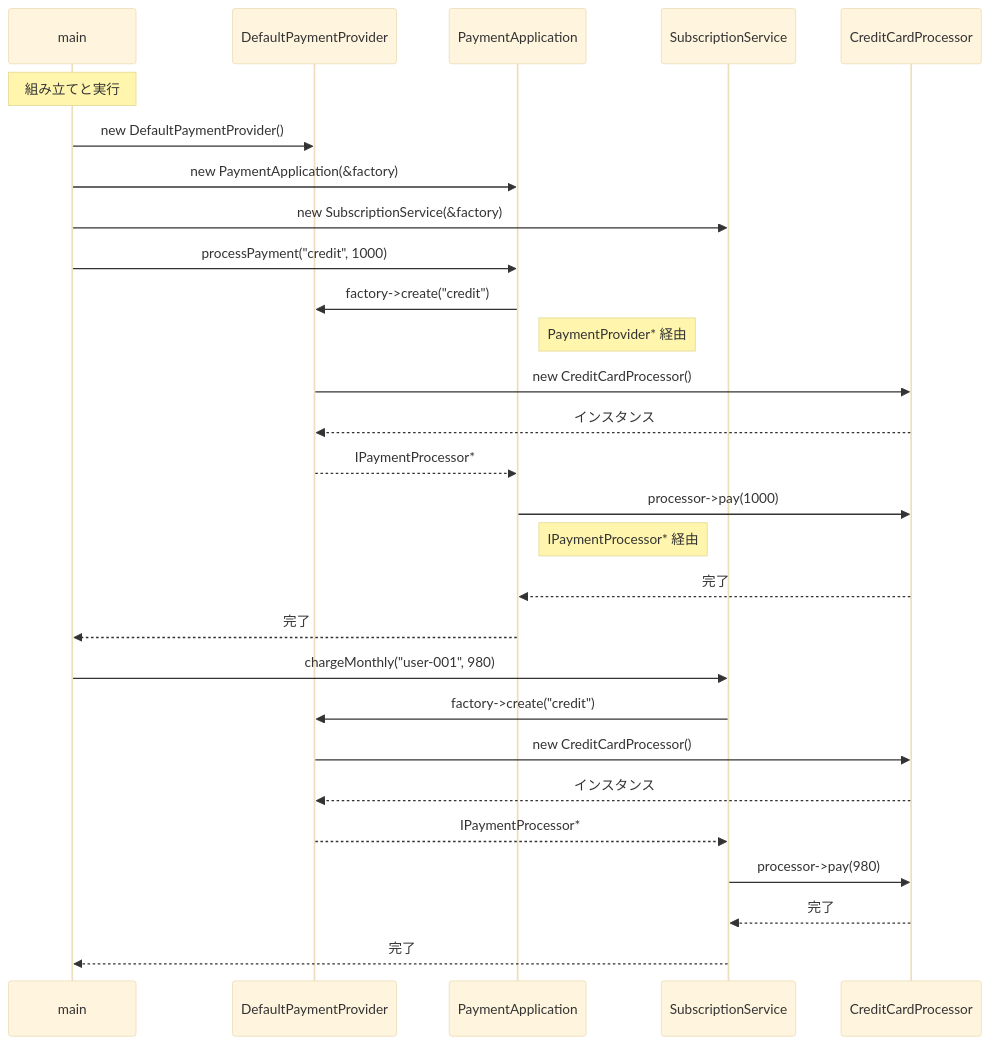
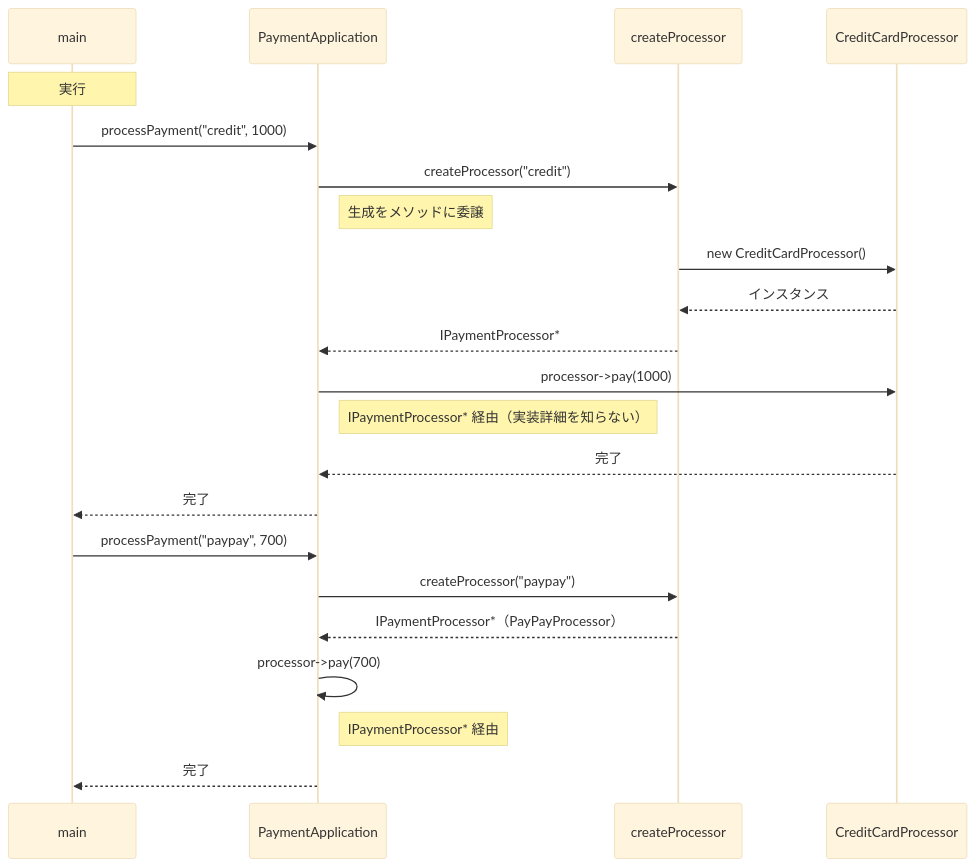
One commit to kumachan1101-pixel/DesignPattern changed the eighth of 10 diagrams in kindle/design-patterns/output/chapter08.md. Above: the diagram before and after it, drawn with Mermaid (base theme). The commit also changed other lines of this file and 12 other files, not shown here.

````diff
--- a/kindle/design-patterns/output/chapter08.md
+++ b/kindle/design-patterns/output/chapter08.md
@@ -1258,30 +1258,24 @@
 ```mermaid
 sequenceDiagram
     participant main
-    participant PF as DefaultPaymentProvider
     participant PA as PaymentApplication
-    participant SS as SubscriptionService
+    participant CP as createProcessor
     participant CC as CreditCardProcessor
-    Note over main: 組み立てと実行
-    main->>PF: new DefaultPaymentProvider()
-    main->>PA: new PaymentApplication(&factory)
-    main->>SS: new SubscriptionService(&factory)
+    Note over main: 実行
     main->>PA: processPayment("credit", 1000)
-    PA->>PF: factory->create("credit")
-    Note right of PA: PaymentProvider* 経由
-    PF->>CC: new CreditCardProcessor()
-    CC-->>PF: インスタンス
-    PF-->>PA: IPaymentProcessor*
+    PA->>CP: createProcessor("credit")
+    Note right of PA: 生成をメソッドに委譲
+    CP->>CC: new CreditCardProcessor()
+    CC-->>CP: インスタンス
+    CP-->>PA: IPaymentProcessor*
     PA->>CC: processor->pay(1000)
-    Note right of PA: IPaymentProcessor* 経由
+    Note right of PA: IPaymentProcessor* 経由（実装詳細を知らない）
     CC-->>PA: 完了
     PA-->>main: 完了
-    main->>SS: chargeMonthly("user-001", 980)
-    SS->>PF: factory->create("credit")
-    PF->>CC: new CreditCardProcessor()
-    CC-->>PF: インスタンス
-    PF-->>SS: IPaymentProcessor*
-    SS->>CC: processor->pay(980)
-    CC-->>SS: 完了
-    SS-->>main: 完了
+    main->>PA: processPayment("paypay", 700)
+    PA->>CP: createProcessor("paypay")
+    CP-->>PA: IPaymentProcessor*（PayPayProcessor）
+    PA->>PA: processor->pay(700)
+    Note right of PA: IPaymentProcessor* 経由
+    PA-->>main: 完了
 ```
````
